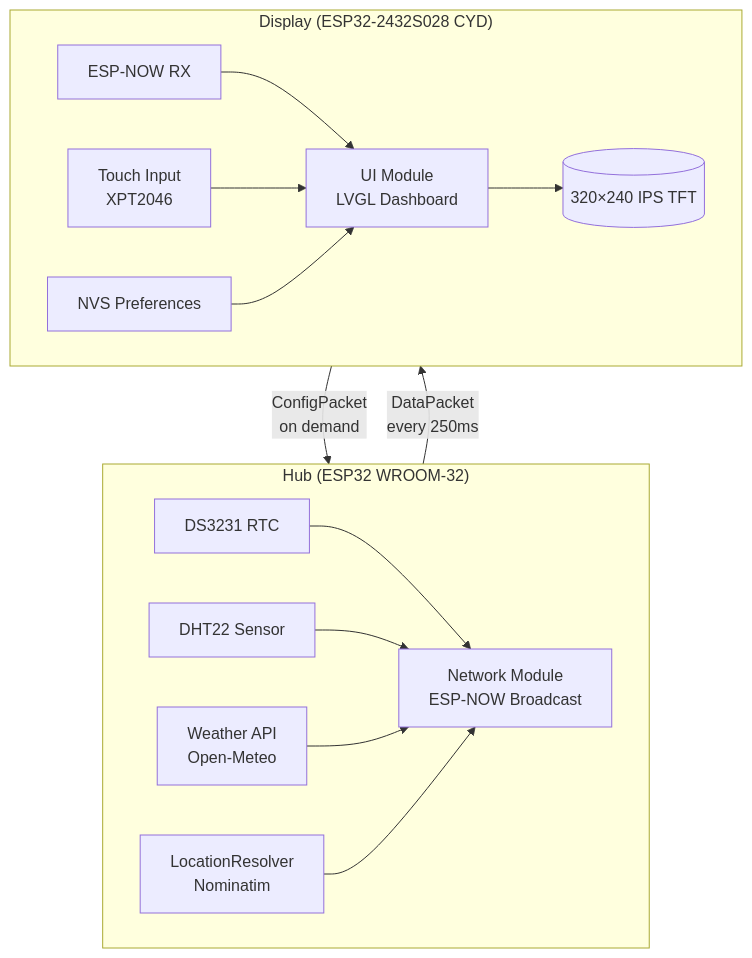
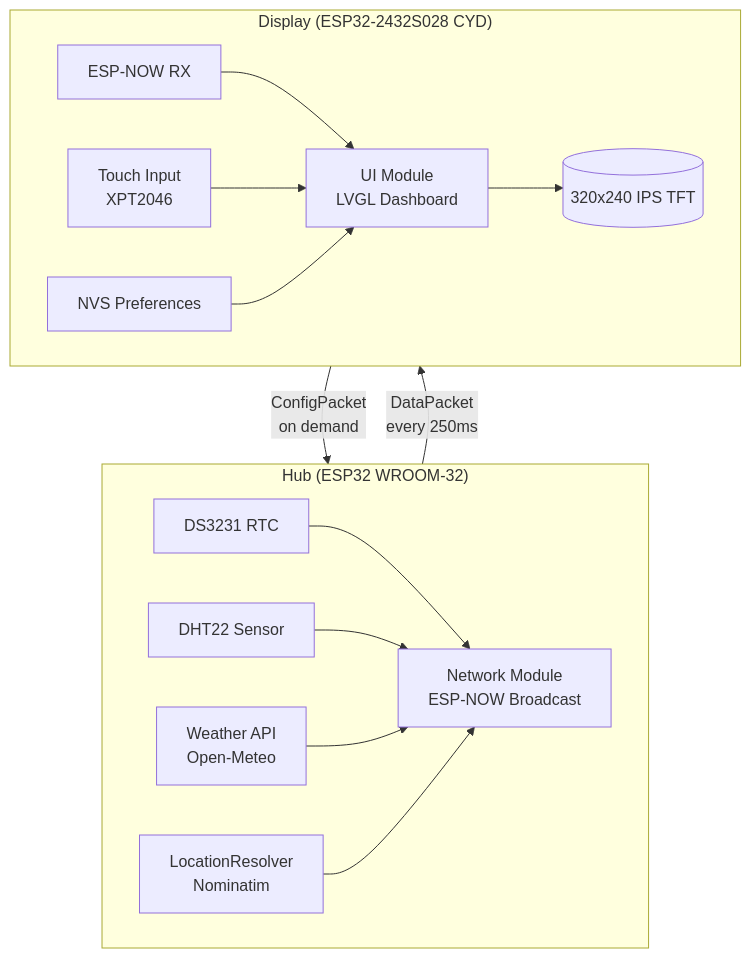
One commit to ken47-1/AmbiSense changed the diagram in README.md. Above: the diagram before and after it, drawn with Mermaid. The commit also changed other lines of this file and 1 other file, not shown here.

````diff
--- a/README.md
+++ b/README.md
@@ -59,22 +58,22 @@
 ```mermaid
 flowchart TB
     subgraph Hub["Hub (ESP32 WROOM-32)"]
         direction LR
         RTC[DS3231 RTC] --> Network
         DHT[DHT22 Sensor] --> Network
         Weather[Weather API<br>Open-Meteo] --> Network
         Location[LocationResolver<br>Nominatim] --> Network
         Network[Network Module<br>ESP-NOW Broadcast]
     end
 
     subgraph Display["Display (ESP32-2432S028 CYD)"]
         direction LR
         ESPNOW[ESP-NOW RX] --> UI[UI Module<br>LVGL Dashboard]
-        UI --> LCD[(320×240 IPS TFT)]
+        UI --> LCD[(320x240 IPS TFT)]
         Touch[Touch Input<br>XPT2046] --> UI
         Preferences[NVS Preferences] --> UI
     end
 
     Hub -->|DataPacket<br>every 250ms| Display
     Display -->|ConfigPacket<br>on demand| Hub
 ```
````
